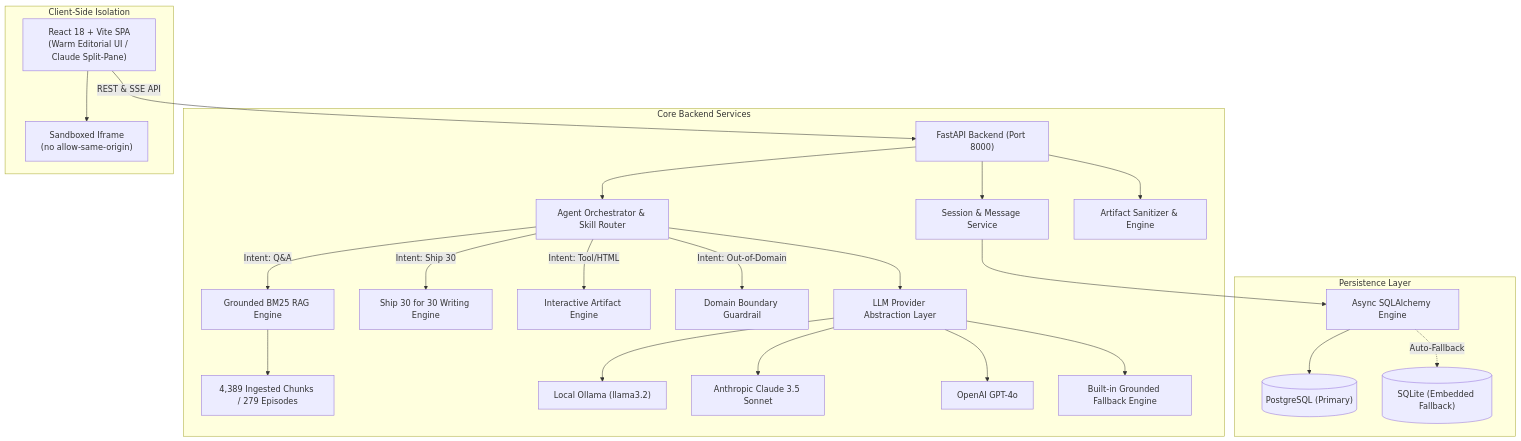
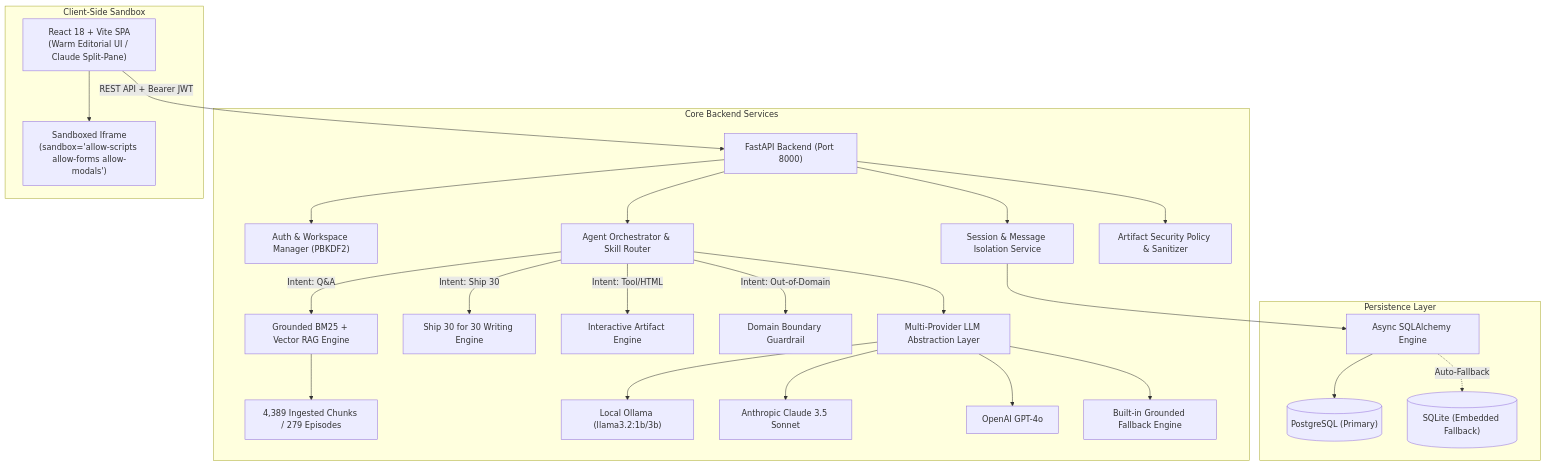
Before and after one commit to nikki-nooka/OOGWAY: the first of 2 diagrams in architecture.md, drawn with Mermaid. The commit also changed other lines of this file and 1 other file, not shown here.

Commit message:
docs: enrich PRD.md and architecture.md with full discovery brief and security specs

````diff
--- a/architecture.md
+++ b/architecture.md
@@ -10,36 +10,37 @@
 ```mermaid
 graph TD
     Client["React 18 + Vite SPA<br/>(Warm Editorial UI / Claude Split-Pane)"]
     FastAPI["FastAPI Backend (Port 8000)"]
     
-    Client -->|REST & SSE API| FastAPI
+    Client -->|REST API + Bearer JWT| FastAPI
     
     subgraph "Core Backend Services"
-        FastAPI --> SessionMgr["Session & Message Service"]
+        FastAPI --> AuthMgr["Auth & Workspace Manager (PBKDF2)"]
+        FastAPI --> SessionMgr["Session & Message Isolation Service"]
         FastAPI --> AgentRouter["Agent Orchestrator & Skill Router"]
-        FastAPI --> ArtifactService["Artifact Sanitizer & Engine"]
+        FastAPI --> ArtifactService["Artifact Security Policy & Sanitizer"]
         
-        AgentRouter -->|Intent: Q&A| GroundedRAG["Grounded BM25 RAG Engine"]
+        AgentRouter -->|Intent: Q&A| GroundedRAG["Grounded BM25 + Vector RAG Engine"]
         AgentRouter -->|Intent: Ship 30| Ship30Skill["Ship 30 for 30 Writing Engine"]
         AgentRouter -->|Intent: Tool/HTML| ArtifactGen["Interactive Artifact Engine"]
         AgentRouter -->|Intent: Out-of-Domain| Guardrail["Domain Boundary Guardrail"]
         
         GroundedRAG --> KnowledgeIndex["4,389 Ingested Chunks / 279 Episodes"]
         
-        AgentRouter --> LLMFactory["LLM Provider Abstraction Layer"]
-        LLMFactory --> Ollama["Local Ollama (llama3.2)"]
+        AgentRouter --> LLMFactory["Multi-Provider LLM Abstraction Layer"]
+        LLMFactory --> Ollama["Local Ollama (llama3.2:1b/3b)"]
         LLMFactory --> Claude["Anthropic Claude 3.5 Sonnet"]
         LLMFactory --> OpenAI["OpenAI GPT-4o"]
         LLMFactory --> MockEngine["Built-in Grounded Fallback Engine"]
     end
 
     subgraph "Persistence Layer"
         SessionMgr --> DB["Async SQLAlchemy Engine"]
         DB --> Postgres[("PostgreSQL (Primary)")]
         DB -.->|Auto-Fallback| SQLite[("SQLite (Embedded Fallback)")]
     end
 
-    subgraph "Client-Side Isolation"
-        Client --> SandboxedIframe["Sandboxed Iframe<br/>(no allow-same-origin)"]
+    subgraph "Client-Side Sandbox"
+        Client --> SandboxedIframe["Sandboxed Iframe<br/>(sandbox='allow-scripts allow-forms allow-modals')"]
     end
 ```
````
